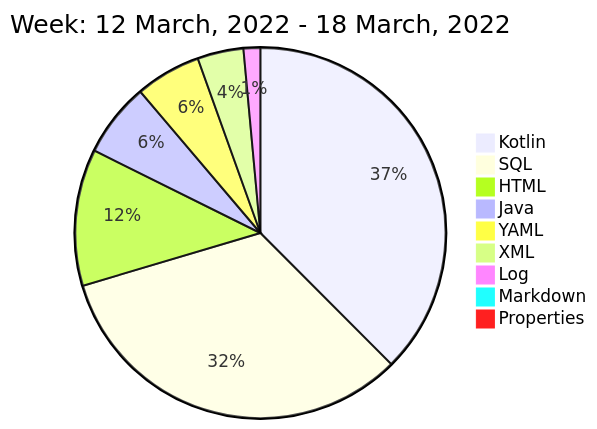
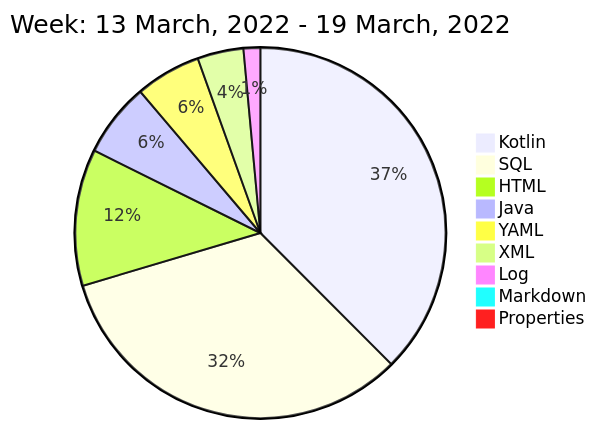
The diagram in README.md (liubin95/liubin95), drawn with Mermaid before and after one commit.

Commit message:
Updated the Graph with new Metrics

````diff
--- a/README.md
+++ b/README.md
@@ -40,13 +40,13 @@
 ```mermaid
  pie
-title Week: 12 March, 2022 - 18 March, 2022
+title Week: 13 March, 2022 - 19 March, 2022
  "Kotlin" : 3.08
  "SQL" : 2.7
  "HTML" : 0.98
  "Java" : 0.53
  "YAML" : 0.47
  "XML" : 0.33
  "Log" : 0.12
  "Markdown" : 0.08
  "Properties" : 0.07
 ```
````
